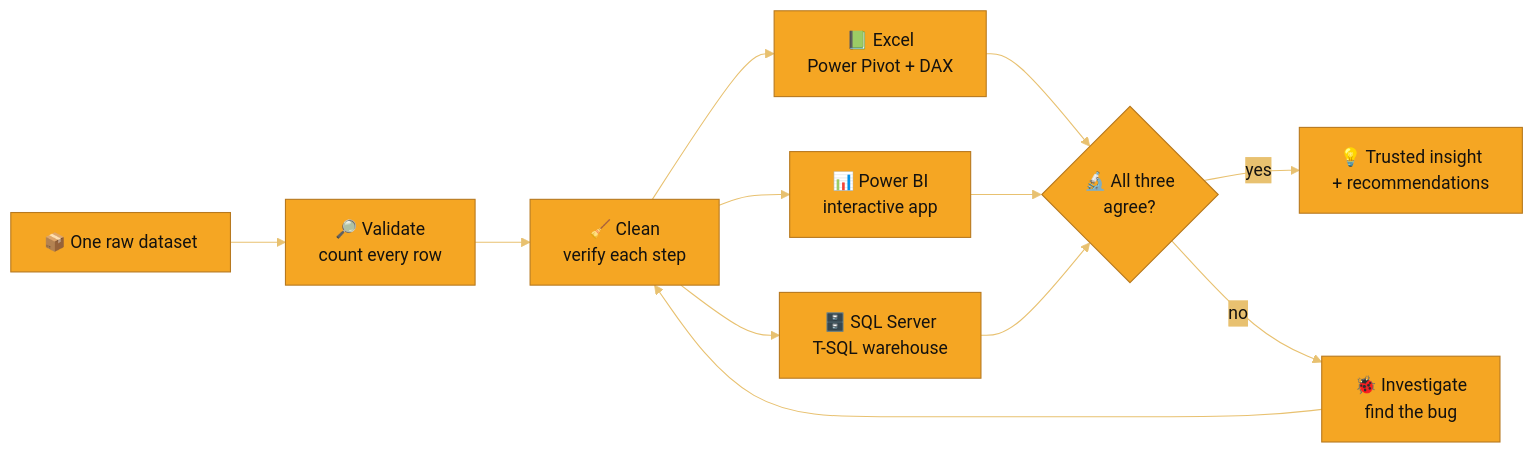
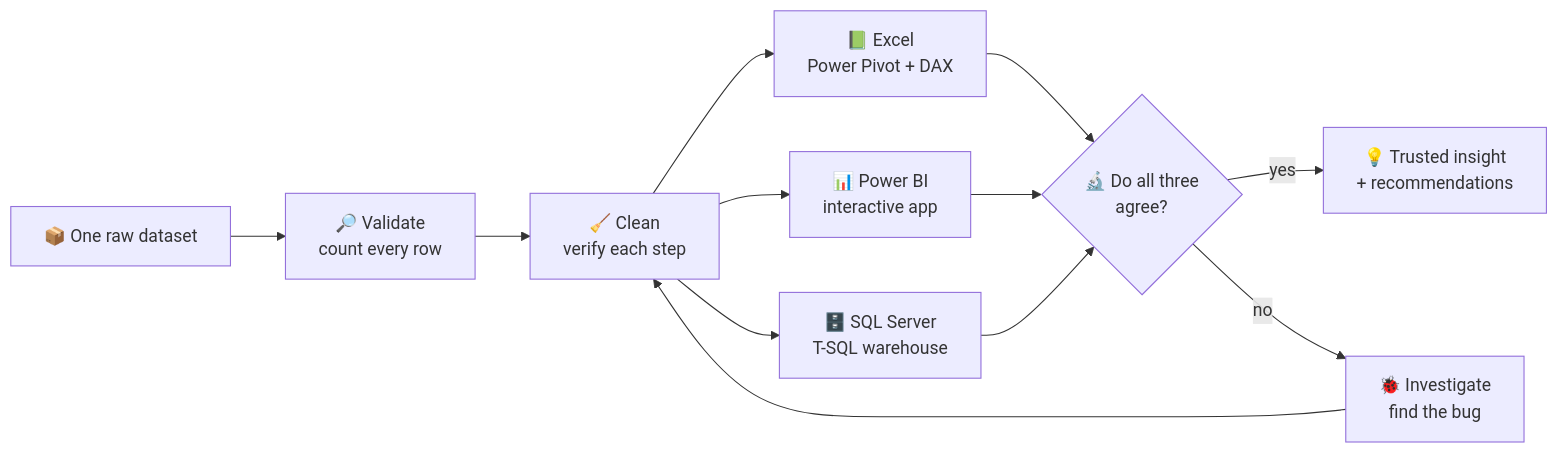
One commit to shivanand-Mathapati-Analyst/Shivanand-Mathapati-Analyst changed the second of 3 diagrams in README.md. Above: the diagram before and after it, drawn with Mermaid. The commit also changed other lines of this file, not shown here.

````diff
--- a/README.md
+++ b/README.md
@@ -100,15 +105,14 @@
 ```mermaid
-%%{init: {'theme':'base','themeVariables':{'primaryColor':'#F5A623','primaryTextColor':'#14120F','primaryBorderColor':'#B7791F','lineColor':'#E8C170','secondaryColor':'#E8C170','tertiaryColor':'#FDF3DC','fontFamily':'Segoe UI, Arial'}}}%%
 flowchart LR
     A[📦 One raw dataset] --> B[🔎 Validate<br/>count every row]
     B --> C[🧹 Clean<br/>verify each step]
     C --> D[📗 Excel<br/>Power Pivot + DAX]
     C --> E[📊 Power BI<br/>interactive app]
     C --> F[🗄️ SQL Server<br/>T-SQL warehouse]
-    D --> G{🔬 All three<br/>agree?}
+    D --> G{🔬 Do all three<br/>agree?}
     E --> G
     F --> G
     G -->|yes| H[💡 Trusted insight<br/>+ recommendations]
     G -->|no| I[🐞 Investigate<br/>find the bug]
     I --> C
 ```
````
